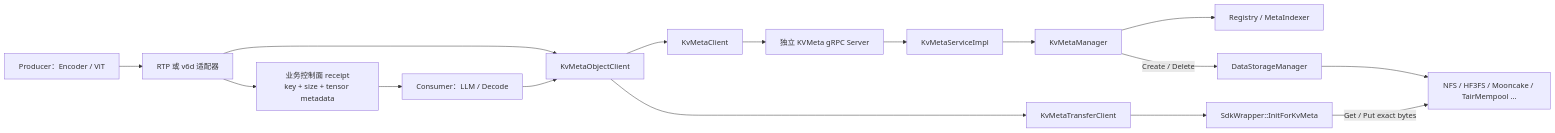
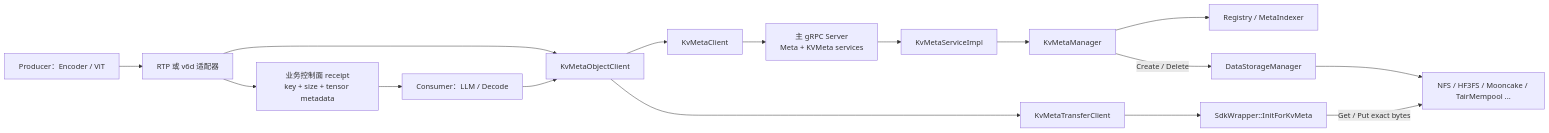
The first of 3 diagrams in docs/design/kv_meta_object_storage.md (alibaba/tair-kvcache), drawn with Mermaid before and after one commit. The commit also changed other lines of this file and 14 other files, not shown here.

Commit message:
[service] share KVMeta primary RPC listener

````diff
--- a/docs/design/kv_meta_object_storage.md
+++ b/docs/design/kv_meta_object_storage.md
@@ -92,25 +92,25 @@
 ```mermaid
 flowchart LR
     producer["Producer：Encoder / ViT"]
     consumer["Consumer：LLM / Decode"]
     adapter["RTP 或 v6d 适配器"]
     object_client["KvMetaObjectClient"]
     meta_client["KvMetaClient"]
     transfer_client["KvMetaTransferClient"]
-    grpc["独立 KVMeta gRPC Server"]
+    grpc["主 gRPC Server<br/>Meta + KVMeta services"]
     service["KvMetaServiceImpl"]
     manager["KvMetaManager"]
     registry["Registry / MetaIndexer"]
     storage_manager["DataStorageManager"]
     sdk["SdkWrapper::InitForKvMeta"]
     backend["NFS / HF3FS / Mooncake / TairMempool ..."]
     receipt["业务控制面 receipt\nkey + size + tensor metadata"]
 
     producer --> adapter --> object_client
     object_client --> meta_client --> grpc --> service --> manager
     manager --> registry
     manager -->|Create / Delete| storage_manager --> backend
     object_client --> transfer_client --> sdk -->|Get / Put exact bytes| backend
     adapter --> receipt --> consumer
     consumer --> object_client
 ```
````
